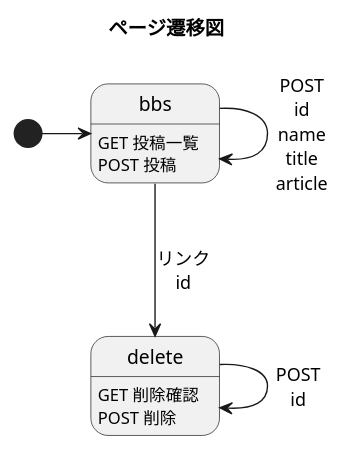
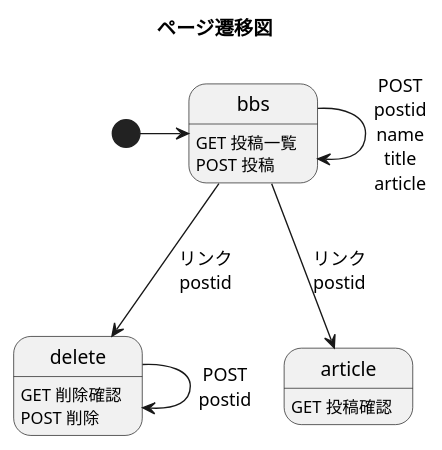
Before and after one commit to t-you96/WebExample: the diagram in uml/transition.pu, drawn with PlantUML. The commit also changed 7 other files, not shown here.

```diff
--- a/uml/transition.pu
+++ b/uml/transition.pu
@@ -1,10 +1,12 @@
 @startuml
 title ページ遷移図
 bbs :GET 投稿一覧\nPOST 投稿
 delete:GET 削除確認\nPOST 削除
+article:GET 投稿確認
 
 [*]->bbs
-bbs-->delete:リンク\nid
-delete-->delete:POST\nid
-bbs-->bbs:POST\nid\nname\ntitle\narticle
+bbs-->article:リンク\npostid
+bbs-->delete:リンク\npostid
+delete-->delete:POST\npostid
+bbs-->bbs:POST\npostid\nname\ntitle\narticle
 @enduml
```
